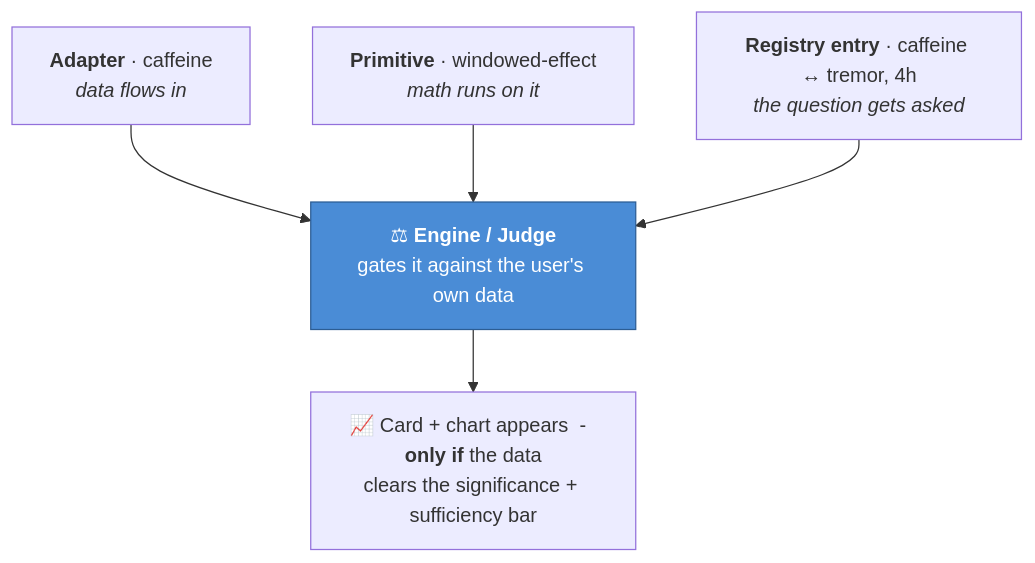
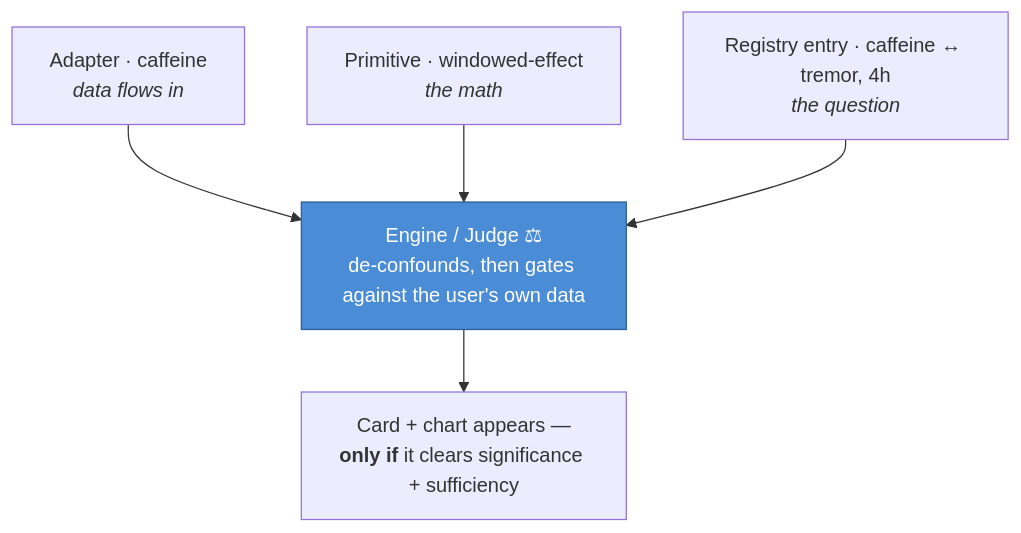
One commit to bhavbhasin/pd-companion changed the second of 2 diagrams in docs/intelligence-architecture.md. Above: the diagram before and after it, drawn with Mermaid. The commit also changed other lines of this file and 5 other files, not shown here.

````diff
--- a/docs/intelligence-architecture.md
+++ b/docs/intelligence-architecture.md
@@ -92,13 +92,13 @@
 ```mermaid
 flowchart TB
-  A["<b>Adapter</b> · caffeine<br/><i>data flows in</i>"]
-  P["<b>Primitive</b> · windowed-effect<br/><i>math runs on it</i>"]
-  E["<b>Registry entry</b> · caffeine ↔ tremor, 4h<br/><i>the question gets asked</i>"]
+  A["Adapter · caffeine<br/><i>data flows in</i>"]
+  P["Primitive · windowed-effect<br/><i>the math</i>"]
+  E["Registry entry · caffeine ↔ tremor, 4h<br/><i>the question</i>"]
   A --> G
   P --> G
   E --> G
-  G["⚖ <b>Engine / Judge</b><br/>gates it against the user's own data"]
-  G --> Card["📈 Card + chart appears  -  <b>only if</b> the data<br/>clears the significance + sufficiency bar"]
+  G["Engine / Judge ⚖<br/>de-confounds, then gates against the user's own data"]
+  G --> Card["Card + chart appears —<br/><b>only if</b> it clears significance + sufficiency"]
   classDef judge fill:#4A8CD6,stroke:#2c5d94,color:#fff;
   class G judge;
 ```
````
